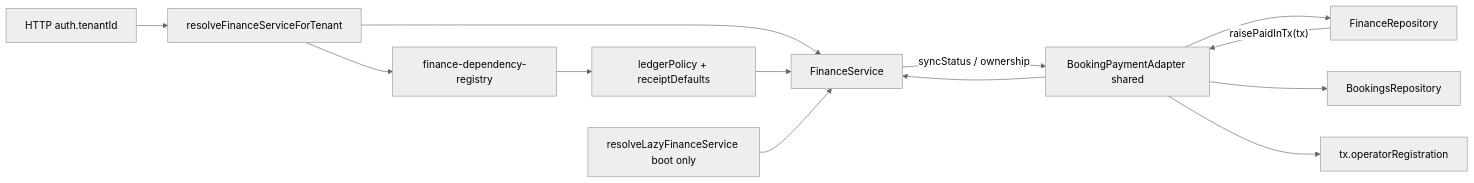
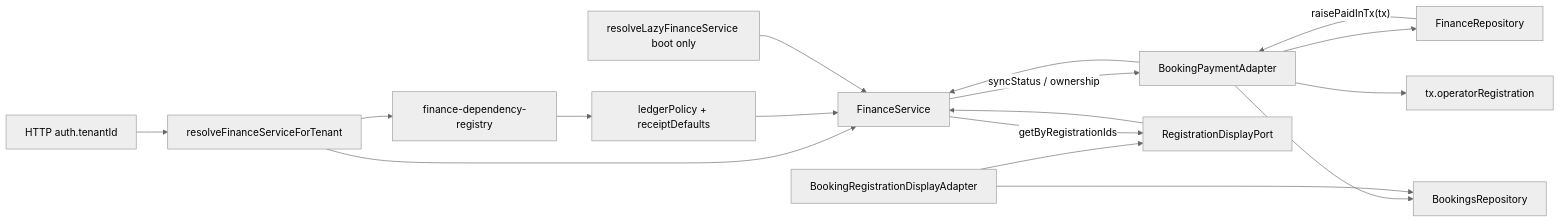
Before and after one commit to hrokhbakhsh1991/docs: the diagram in docs/phase-20/p7/appendices/PAYMENT-LEDGER-BOUNDARY.md, drawn with Mermaid (neutral theme). The commit also changed other lines of this file and 7 other files, not shown here.

First line of the commit message:
finance: isolate registration display behind RegistrationDisplayPort

````diff
--- a/docs/phase-20/p7/appendices/PAYMENT-LEDGER-BOUNDARY.md
+++ b/docs/phase-20/p7/appendices/PAYMENT-LEDGER-BOUNDARY.md
@@ -72,15 +75,19 @@
 ```mermaid
 flowchart LR
   http[HTTP auth.tenantId] --> tenantResolve[resolveFinanceServiceForTenant]
   tenantResolve --> registry[finance-dependency-registry]
   tenantResolve --> svc[FinanceService]
   registry --> policy[ledgerPolicy + receiptDefaults]
   policy --> svc
   boot[resolveLazyFinanceService boot only] --> svc
-  adapter[BookingPaymentAdapter shared] --> svc
-  adapter --> repo[FinanceRepository]
-  svc -->|"syncStatus / ownership"| adapter
-  repo -->|"raisePaidInTx(tx)"| adapter
-  adapter --> bookingsRepo[BookingsRepository]
-  adapter --> prismaTx["tx.operatorRegistration"]
+  payAdapter[BookingPaymentAdapter] --> svc
+  displayPort[RegistrationDisplayPort] --> svc
+  displayAdapter[BookingRegistrationDisplayAdapter] --> displayPort
+  payAdapter --> repo[FinanceRepository]
+  svc -->|"syncStatus / ownership"| payAdapter
+  svc -->|"getByRegistrationIds"| displayPort
+  repo -->|"raisePaidInTx(tx)"| payAdapter
+  payAdapter --> bookingsRepo[BookingsRepository]
+  displayAdapter --> bookingsRepo
+  payAdapter --> prismaTx["tx.operatorRegistration"]
 ```
````
